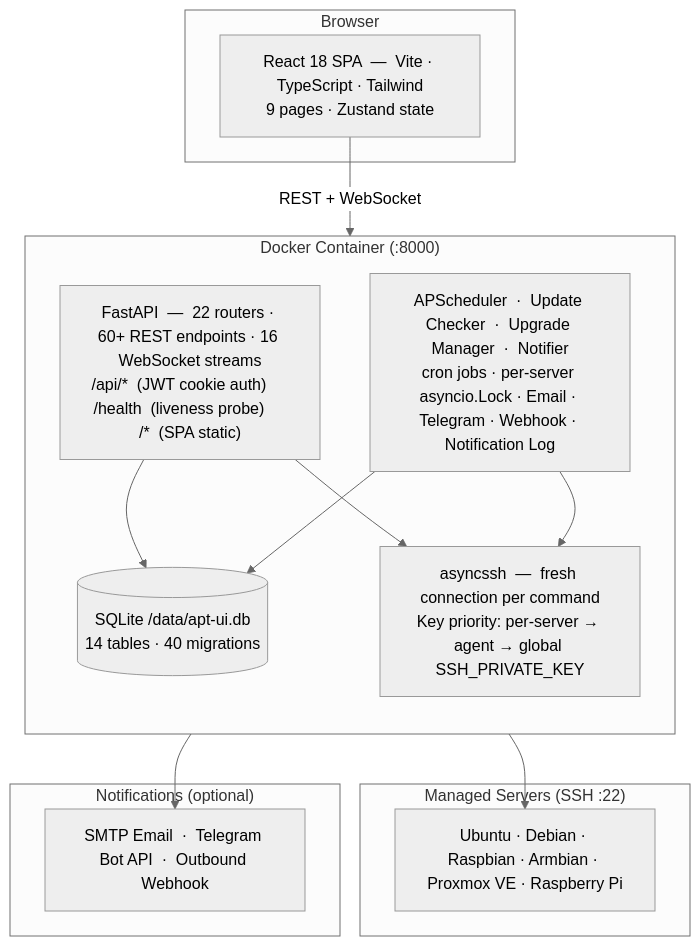
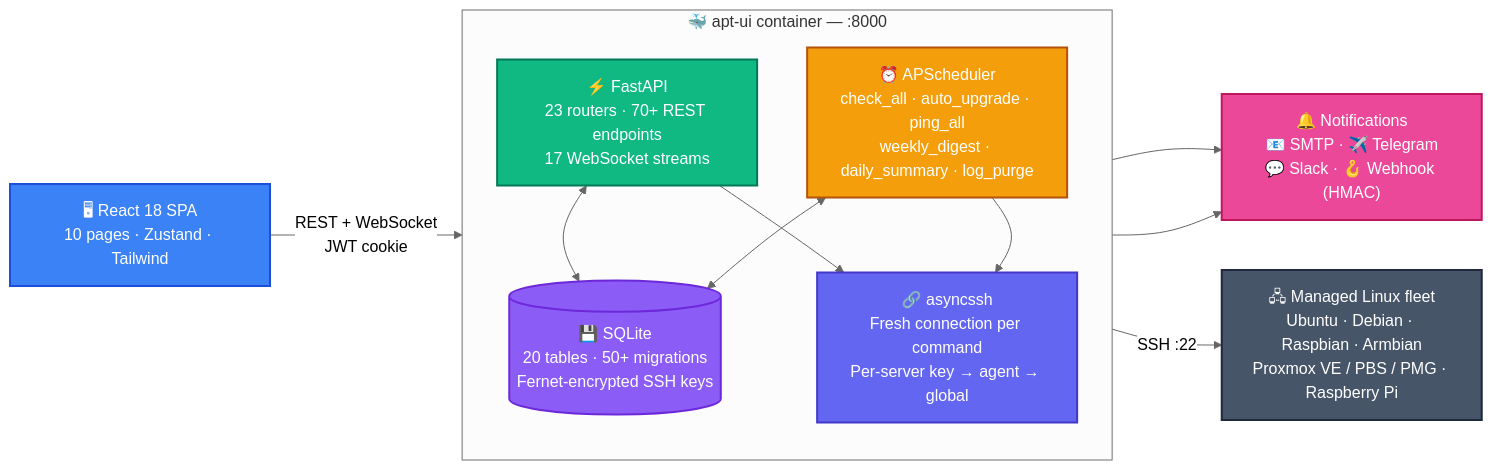
One commit to mzac/apt-ui changed the diagram in README.md. Above: the diagram before and after it, drawn with Mermaid (neutral theme). The commit also changed other lines of this file and 1 other file, not shown here.

````diff
--- a/README.md
+++ b/README.md
@@ -330,30 +378,41 @@
 ```mermaid
-graph TB
-    subgraph browser["Browser"]
-        SPA["React 18 SPA  —  Vite · TypeScript · Tailwind\n9 pages · Zustand state"]
+flowchart LR
+    SPA["🖥 React 18 SPA<br/>10 pages · Zustand · Tailwind"]
+
+    subgraph backend["🐳 apt-ui container — :8000"]
+        direction TB
+        API["⚡ FastAPI<br/>23 routers · 70+ REST endpoints<br/>17 WebSocket streams"]
+        WORKERS["⏰ APScheduler<br/>check_all · auto_upgrade · ping_all<br/>weekly_digest · daily_summary · log_purge"]
+        DB[("💾 SQLite<br/>20 tables · 50+ migrations<br/>Fernet-encrypted SSH keys")]
+        SSH["🔗 asyncssh<br/>Fresh connection per command<br/>Per-server key → agent → global"]
     end
 
-    subgraph container["Docker Container  (:8000)"]
-        direction TB
-        API["FastAPI  —  22 routers · 60+ REST endpoints · 16 WebSocket streams\n/api/*  (JWT cookie auth)     /health  (liveness probe)     /*  (SPA static)"]
-        BG["APScheduler  ·  Update Checker  ·  Upgrade Manager  ·  Notifier\ncron jobs · per-server asyncio.Lock · Email · Telegram · Webhook · Notification Log"]
-        DB[("SQLite  /data/apt-ui.db\n14 tables · 40 migrations")]
-        SSH["asyncssh  —  fresh connection per command\nKey priority: per-server → agent → global SSH_PRIVATE_KEY"]
-    end
+    SERVERS["🖧 Managed Linux fleet<br/>Ubuntu · Debian · Raspbian · Armbian<br/>Proxmox VE / PBS / PMG · Raspberry Pi"]
 
-    subgraph servers["Managed Servers  (SSH :22)"]
-        S["Ubuntu · Debian · Raspbian · Armbian · Proxmox VE · Raspberry Pi"]
-    end
+    NOTIF["🔔 Notifications<br/>📧 SMTP · ✈️ Telegram<br/>💬 Slack · 🪝 Webhook (HMAC)"]
 
-    subgraph notif["Notifications  (optional)"]
-        N["SMTP Email  ·  Telegram Bot API  ·  Outbound Webhook"]
-    end
+    SPA -- "REST + WebSocket<br/>JWT cookie" --> API
+    API <--> DB
+    API --> SSH
+    WORKERS <--> DB
+    WORKERS --> SSH
+    WORKERS --> NOTIF
+    API --> NOTIF
+    SSH -- "SSH :22" --> SERVERS
 
-    SPA -- "REST + WebSocket" --> API
-    API --> DB
-    API --> SSH
-    BG --> DB
-    BG --> SSH
-    BG --> N
-    SSH --> S
+    classDef frontend fill:#3b82f6,stroke:#1d4ed8,color:#fff,stroke-width:2px
+    classDef api fill:#10b981,stroke:#047857,color:#fff,stroke-width:2px
+    classDef sched fill:#f59e0b,stroke:#b45309,color:#fff,stroke-width:2px
+    classDef data fill:#8b5cf6,stroke:#6d28d9,color:#fff,stroke-width:2px
+    classDef transport fill:#6366f1,stroke:#4338ca,color:#fff,stroke-width:2px
+    classDef external fill:#475569,stroke:#1e293b,color:#fff,stroke-width:2px
+    classDef notif fill:#ec4899,stroke:#be185d,color:#fff,stroke-width:2px
+
+    class SPA frontend
+    class API api
+    class WORKERS sched
+    class DB data
+    class SSH transport
+    class SERVERS external
+    class NOTIF notif
 ```
````
